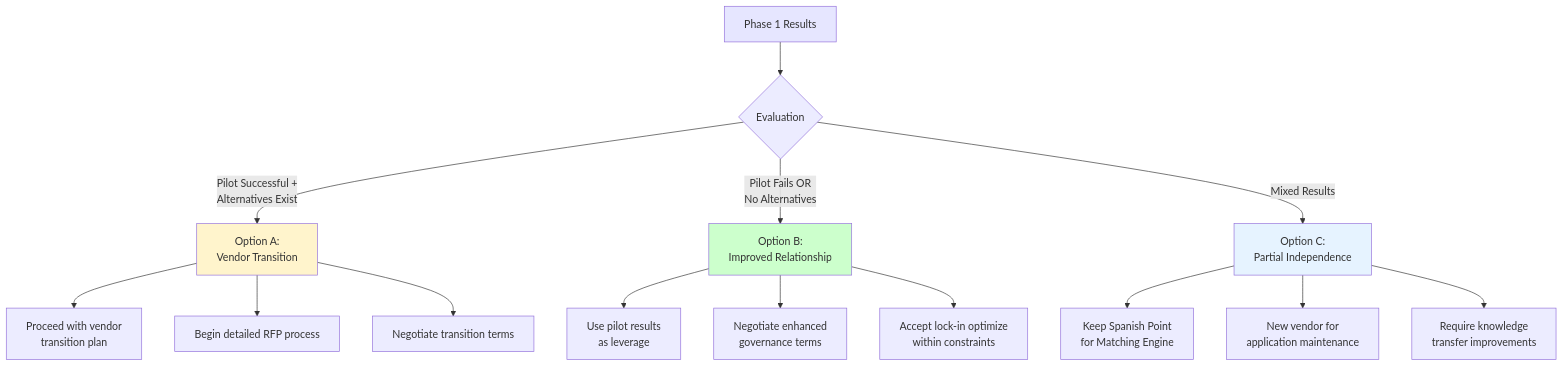
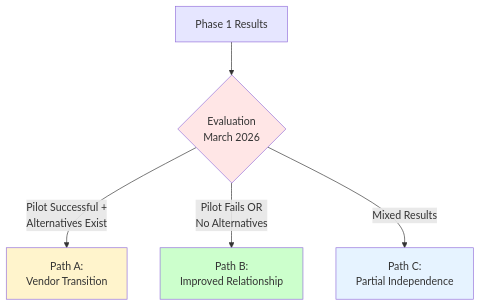
One commit to elbabass/audit_cisac changed the third of 10 diagrams in docs/deliverables/first-restitution-2025-11-24/presentation/part6-strategic-recommendations.md. Above: the diagram before and after it, drawn with Mermaid. The commit also changed other lines of this file and 15 other files, not shown here.

````diff
--- a/docs/deliverables/first-restitution-2025-11-24/presentation/part6-strategic-recommendations.md
+++ b/docs/deliverables/first-restitution-2025-11-24/presentation/part6-strategic-recommendations.md
@@ -29,25 +109,14 @@
 ```mermaid
 graph TD
-    Phase1[Phase 1 Results] --> Decision{Evaluation}
+    Phase1[Phase 1 Results] --> Decision{Evaluation<br/>March 2026}
 
-    Decision -->|Pilot Successful +<br/>Alternatives Exist| OptA[Option A:<br/>Vendor Transition]
-    Decision -->|Pilot Fails OR<br/>No Alternatives| OptB[Option B:<br/>Improved Relationship]
-    Decision -->|Mixed Results| OptC[Option C:<br/>Partial Independence]
-
-    OptA --> A1[Proceed with vendor<br/>transition plan]
-    OptA --> A2[Begin detailed RFP process]
-    OptA --> A3[Negotiate transition terms]
-
-    OptB --> B1[Use pilot results<br/>as leverage]
-    OptB --> B2[Negotiate enhanced<br/>governance terms]
-    OptB --> B3[Accept lock-in optimize<br/>within constraints]
-
-    OptC --> C1[Keep Spanish Point<br/>for Matching Engine]
-    OptC --> C2[New vendor for<br/>application maintenance]
-    OptC --> C3[Require knowledge<br/>transfer improvements]
+    Decision -->|Pilot Successful +<br/>Alternatives Exist| OptA[Path A:<br/>Vendor Transition]
+    Decision -->|Pilot Fails OR<br/>No Alternatives| OptB[Path B:<br/>Improved Relationship]
+    Decision -->|Mixed Results| OptC[Path C:<br/>Partial Independence]
 
     style OptA fill:#fff4cc
     style OptB fill:#ccffcc
     style OptC fill:#e6f3ff
     style Phase1 fill:#e6e6ff
+    style Decision fill:#ffe6e6
 ```
````
